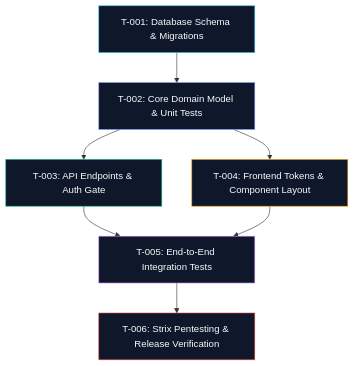
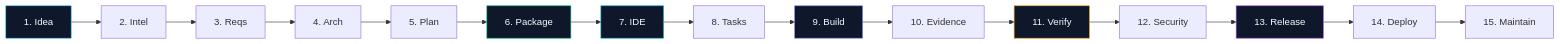
Before and after one commit to MK-1603/OpenClone: the second of 6 diagrams in README.md, drawn with Mermaid. The commit also changed other lines of this file and 3 other files, not shown here.

````diff
--- a/README.md
+++ b/README.md
@@ -168,16 +198,24 @@
 ```mermaid
-graph TD
-    T1["T-001: Database Schema & Migrations"] --> T2["T-002: Core Domain Model & Unit Tests"]
-    T2 --> T3["T-003: API Endpoints & Auth Gate"]
-    T2 --> T4["T-004: Frontend Tokens & Component Layout"]
-    T3 --> T5["T-005: End-to-End Integration Tests"]
-    T4 --> T5
-    T5 --> T6["T-006: Strix Pentesting & Release Verification"]
+flowchart LR
+    S1["1. Idea"] --> S2["2. Intel"]
+    S2 --> S3["3. Reqs"]
+    S3 --> S4["4. Arch"]
+    S4 --> S5["5. Plan"]
+    S5 --> S6["6. Package"]
+    S6 --> S7["7. IDE"]
+    S7 --> S8["8. Tasks"]
+    S8 --> S9["9. Build"]
+    S9 --> S10["10. Evidence"]
+    S10 --> S11["11. Verify"]
+    S11 --> S12["12. Security"]
+    S12 --> S13["13. Release"]
+    S13 --> S14["14. Deploy"]
+    S14 --> S15["15. Maintain"]
 
-    style T1 fill:#0f172a,stroke:#38bdf8,stroke-width:1px,color:#f8fafc
-    style T2 fill:#0f172a,stroke:#818cf8,stroke-width:1px,color:#f8fafc
-    style T3 fill:#0f172a,stroke:#10b981,stroke-width:1px,color:#f8fafc
-    style T4 fill:#0f172a,stroke:#f59e0b,stroke-width:1px,color:#f8fafc
-    style T5 fill:#0f172a,stroke:#c084fc,stroke-width:1px,color:#f8fafc
-    style T6 fill:#0f172a,stroke:#ef4444,stroke-width:1px,color:#f8fafc
+    style S1 fill:#0f172a,stroke:#38bdf8,stroke-width:1px,color:#f8fafc
+    style S6 fill:#0f172a,stroke:#10b981,stroke-width:1px,color:#f8fafc
+    style S7 fill:#0f172a,stroke:#06b6d4,stroke-width:1px,color:#f8fafc
+    style S9 fill:#0f172a,stroke:#818cf8,stroke-width:1px,color:#f8fafc
+    style S11 fill:#0f172a,stroke:#f59e0b,stroke-width:1px,color:#f8fafc
+    style S13 fill:#0f172a,stroke:#a855f7,stroke-width:1px,color:#f8fafc
 ```
````
